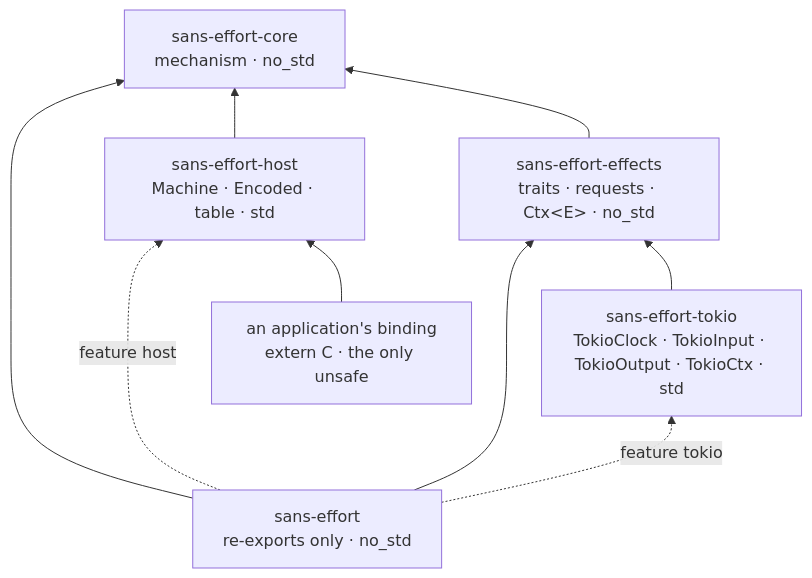
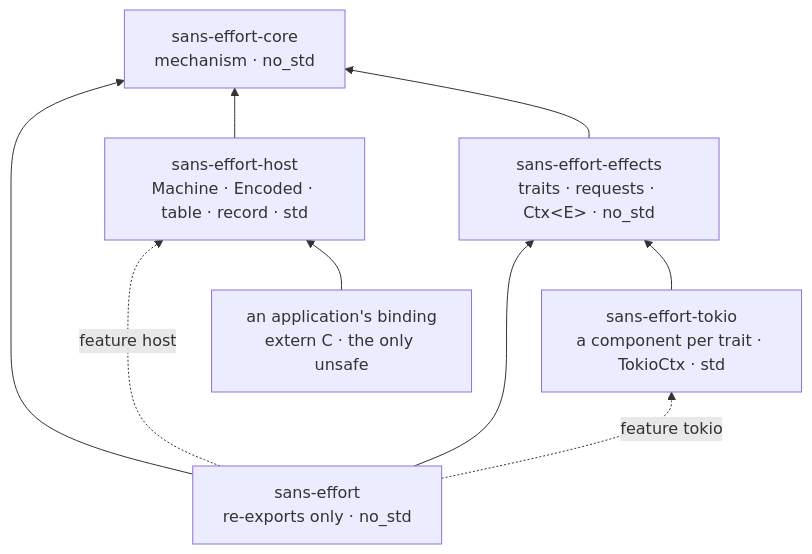
One commit to inkandswitch/sans-effort changed the second of 3 diagrams in design/README.md. Above: the diagram before and after it, drawn with Mermaid. The commit also changed other lines of this file and 15 other files, not shown here.

````diff
--- a/design/README.md
+++ b/design/README.md
@@ -44,20 +44,20 @@
 ```mermaid
 flowchart BT
     facade["sans-effort<br/>re-exports only · no_std"]
     core["sans-effort-core<br/>mechanism · no_std"]
-    host_crate["sans-effort-host<br/>Machine · Encoded · table · std"]
+    host_crate["sans-effort-host<br/>Machine · Encoded · table · record · std"]
     effects["sans-effort-effects<br/>traits · requests · Ctx#60;E#62; · no_std"]
-    tokio_crate["sans-effort-tokio<br/>TokioClock · TokioInput · TokioOutput · TokioCtx · std"]
+    tokio_crate["sans-effort-tokio<br/>a component per trait · TokioCtx · std"]
     binding["an application's binding<br/>extern C · the only unsafe"]
 
     facade --> core
     facade --> effects
     facade -. feature tokio .-> tokio_crate
     facade -. feature host .-> host_crate
     host_crate --> core
     effects --> core
     tokio_crate --> effects
     binding --> host_crate
 
     classDef planned stroke-dasharray: 5 5
 ```
````
